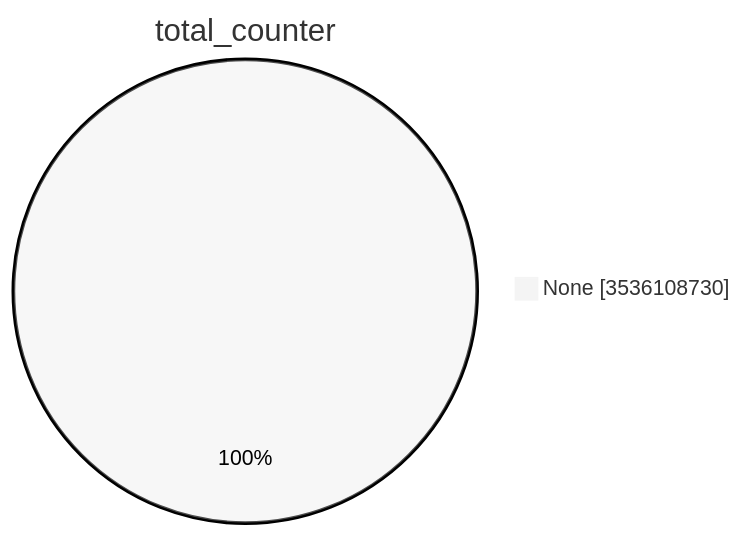
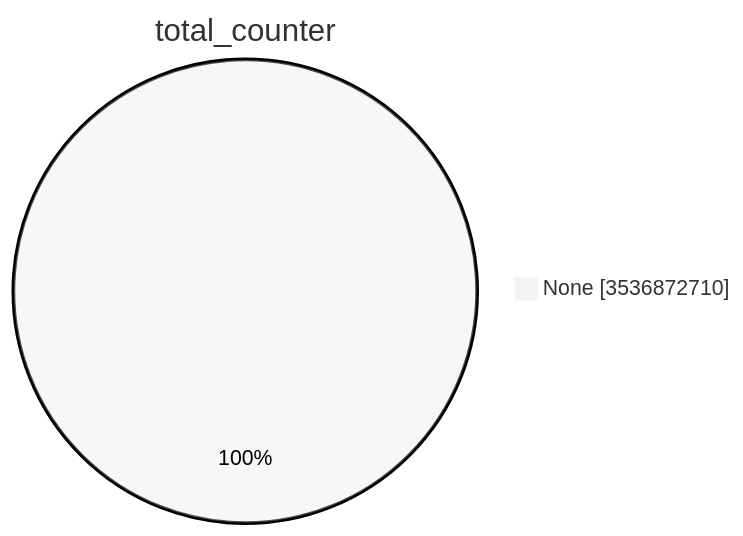
The first of 15 diagrams in TOTAL/README.md (christiankrug/ctmonitor_visualization), drawn with Mermaid (neutral theme) before and after one commit. The commit also changed other lines of this file, not shown here.

````diff
--- a/TOTAL/README.md
+++ b/TOTAL/README.md
@@ -1,5 +1,5 @@
 ```mermaid
 pie showData
 title total_counter
-"None" :3536108730
+"None" :3536872710
 ```
````
